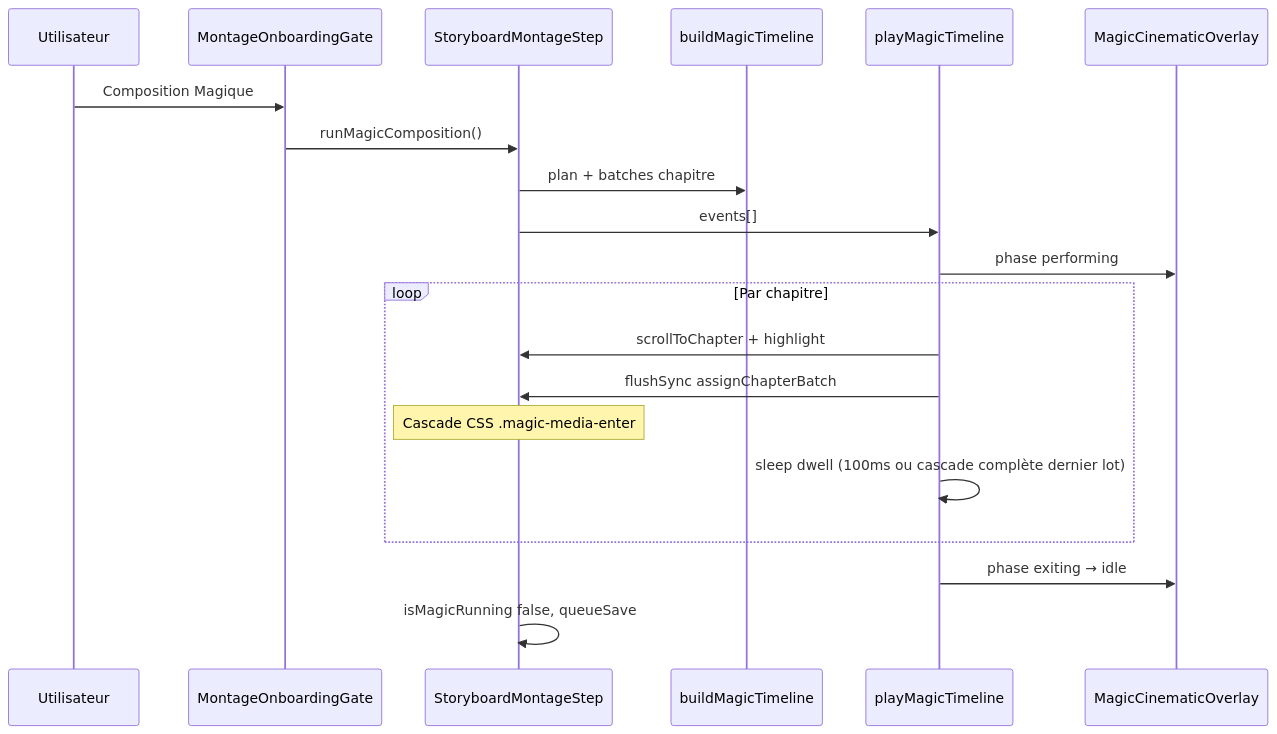
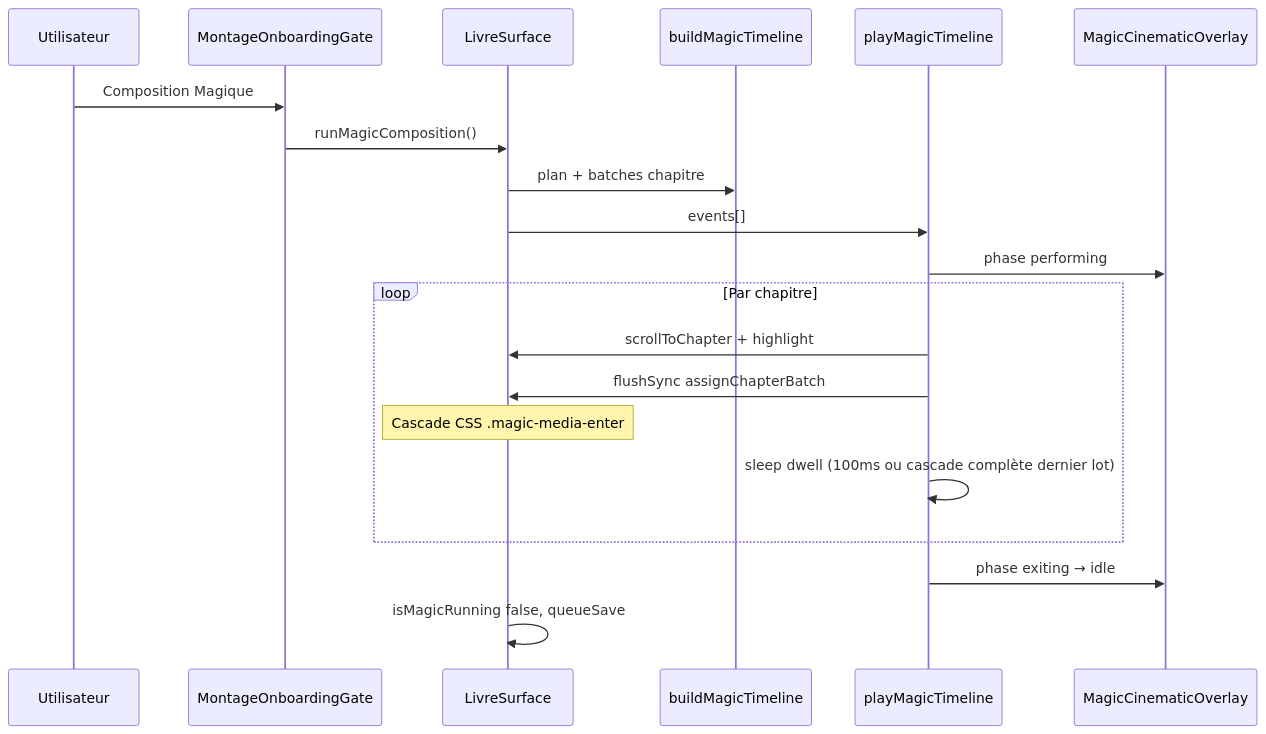
Before and after one commit to Lyra-OD/odyssey-web: the diagram in docs/STORYBOARD_STEP5_LIVRE_OUVERT.md, drawn with Mermaid. The commit also changed other lines of this file and 14 other files, not shown here.

````diff
--- a/docs/STORYBOARD_STEP5_LIVRE_OUVERT.md
+++ b/docs/STORYBOARD_STEP5_LIVRE_OUVERT.md
@@ -154,23 +157,23 @@
 ```mermaid
 sequenceDiagram
   participant U as Utilisateur
   participant G as MontageOnboardingGate
-  participant S as StoryboardMontageStep
+  participant S as LivreSurface
   participant T as buildMagicTimeline
   participant P as playMagicTimeline
   participant O as MagicCinematicOverlay
 
   U->>G: Composition Magique
   G->>S: runMagicComposition()
   S->>T: plan + batches chapitre
   S->>P: events[]
   P->>O: phase performing
   loop Par chapitre
     P->>S: scrollToChapter + highlight
     P->>S: flushSync assignChapterBatch
     Note over S: Cascade CSS .magic-media-enter
     P->>P: sleep dwell (100ms ou cascade complète dernier lot)
   end
   P->>O: phase exiting → idle
   S->>S: isMagicRunning false, queueSave
 ```
````
